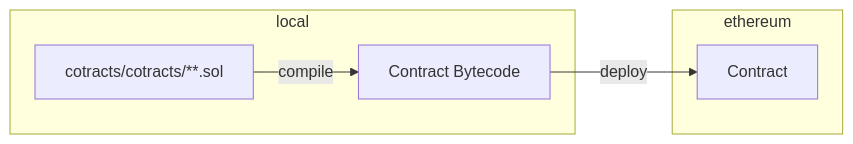
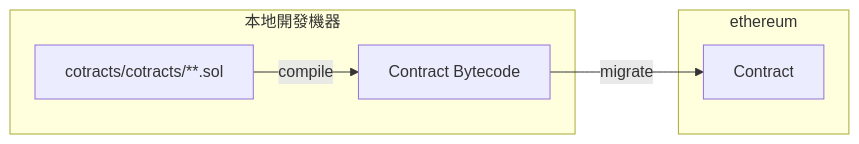
Before and after one commit to gasolin/learndapp: the second of 3 diagrams in dapp-with-create-react-app.md, drawn with Mermaid. The commit also changed other lines of this file, not shown here.

Commit message:
update diagram

```diff
--- a/dapp-with-create-react-app.md
+++ b/dapp-with-create-react-app.md
@@ -52,12 +53,12 @@
 {% mermaid %}
 graph LR
-subgraph local
+subgraph 本地開發機器
 cotracts/cotracts/**.sol -- compile --> bytecode[Contract Bytecode]
 end
 
 subgraph ethereum
 Contract
 end
 
-bytecode -- deploy --> Contract
+bytecode -- migrate --> Contract
 {% endmermaid %}
```
